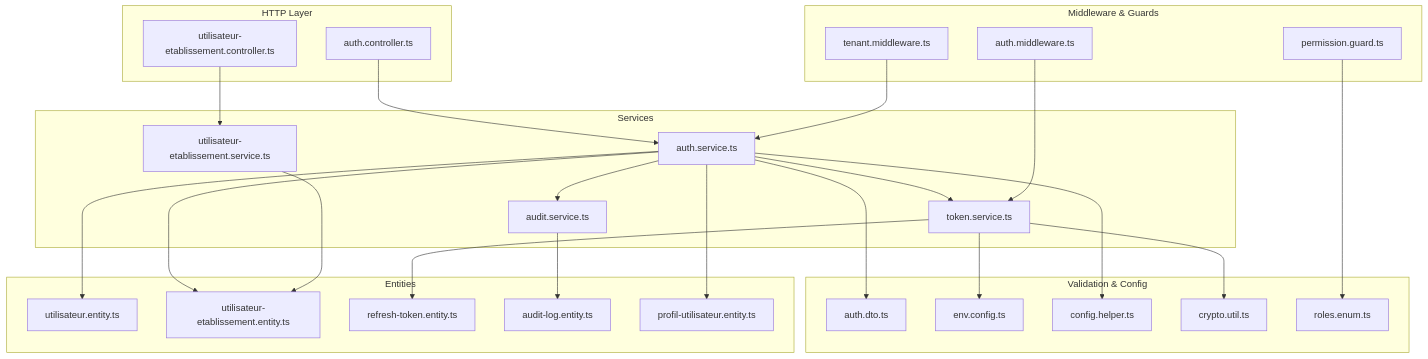
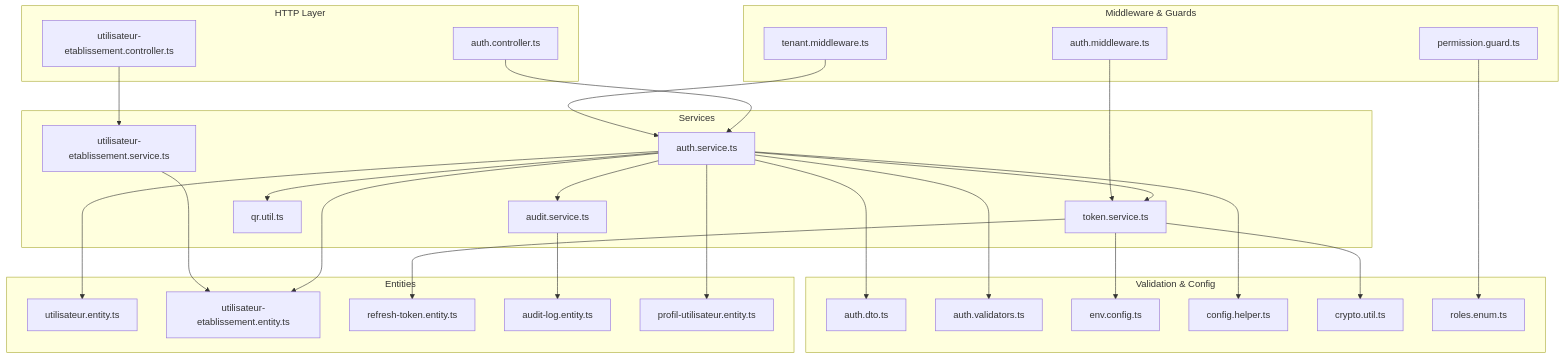
One commit to franckylab/eLISAschool changed the first of 11 diagrams in .qoder/repowiki/en/content/Authentication & Authorization/Authentication Flow.md. Above: the diagram before and after it, drawn with Mermaid. The commit also changed other lines of this file and 151 other files, not shown here.

````diff
--- a/.qoder/repowiki/en/content/Authentication & Authorization/Authentication Flow.md
+++ b/.qoder/repowiki/en/content/Authentication & Authorization/Authentication Flow.md
@@ -53,49 +61,53 @@
 ```mermaid
 graph TB
 subgraph "HTTP Layer"
 AC["auth.controller.ts"]
 UEC["utilisateur-etablissement.controller.ts"]
 end
 subgraph "Services"
 AS["auth.service.ts"]
 UES["utilisateur-etablissement.service.ts"]
 TS["token.service.ts"]
 AUD["audit.service.ts"]
+QRU["qr.util.ts"]
 end
 subgraph "Middleware & Guards"
 AMW["auth.middleware.ts"]
 TMW["tenant.middleware.ts"]
 PG["permission.guard.ts"]
 end
 subgraph "Entities"
 UE["utilisateur.entity.ts"]
 UTE["utilisateur-etablissement.entity.ts"]
 RTE["refresh-token.entity.ts"]
 ALE["audit-log.entity.ts"]
 PE["profil-utilisateur.entity.ts"]
 end
 subgraph "Validation & Config"
 DTO["auth.dto.ts"]
+AV["auth.validators.ts"]
 ENV["env.config.ts"]
 CFG["config.helper.ts"]
 CRYPTO["crypto.util.ts"]
 ROLES["roles.enum.ts"]
 end
 AC --> AS
 UEC --> UES
 AS --> TS
 AS --> AUD
 AS --> UE
 AS --> UTE
 AS --> PE
+AS --> QRU
 UES --> UTE
 TS --> RTE
 AMW --> TS
 TMW --> AS
 PG --> ROLES
 AS --> CFG
 TS --> ENV
 AS --> DTO
+AS --> AV
 TS --> CRYPTO
 AUD --> ALE
 ```
````
